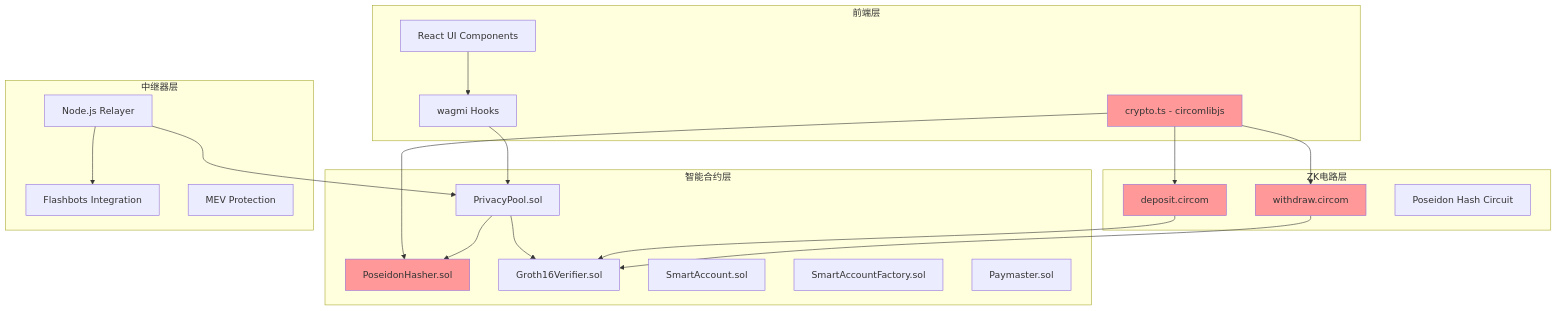
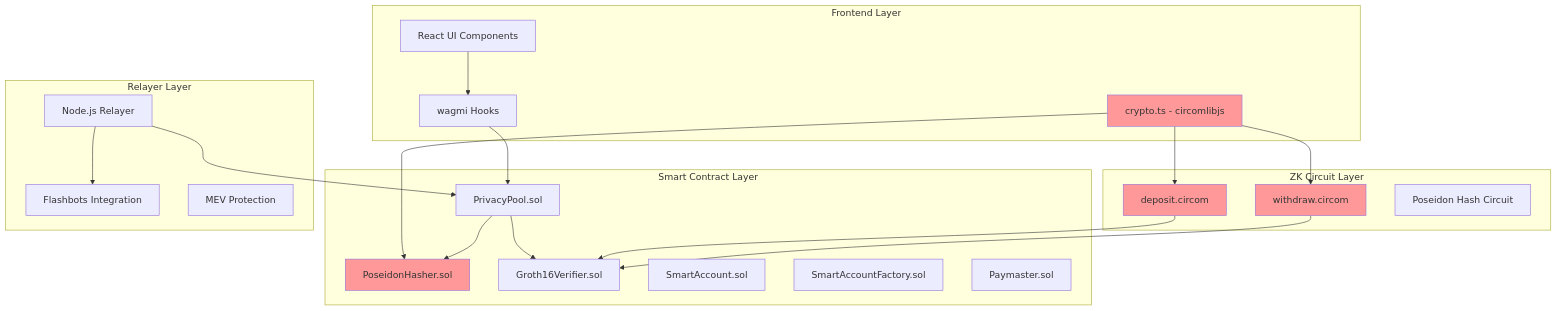
One commit to Wenbobobo/WhisperFi changed the first of 4 diagrams in README.md. Above: the diagram before and after it, drawn with Mermaid. The commit also changed other lines of this file and 1 other file, not shown here.

Commit message:
feat: Add Chinese documentation, including system architecture, core functionalities, and economic structure design.

````diff
--- a/README.md
+++ b/README.md
@@ -8,46 +11,46 @@
 ```mermaid
 graph TB
-    subgraph "前端层"
+    subgraph "Frontend Layer"
         A[React UI Components]
         B[crypto.ts - circomlibjs]
         C[wagmi Hooks]
     end
-  
-    subgraph "智能合约层"
+
+    subgraph "Smart Contract Layer"
         D[PrivacyPool.sol]
         E[PoseidonHasher.sol]
         F[Groth16Verifier.sol]
         G[SmartAccount.sol]
         H[SmartAccountFactory.sol]
         I[Paymaster.sol]
     end
-  
-    subgraph "ZK电路层"
+
+    subgraph "ZK Circuit Layer"
         J[deposit.circom]
         K[withdraw.circom]
         L[Poseidon Hash Circuit]
     end
-  
-    subgraph "中继器层"
+
+    subgraph "Relayer Layer"
         M[Node.js Relayer]
         N[Flashbots Integration]
         O[MEV Protection]
     end
-  
+
     A --> C
     B --> E
     C --> D
     D --> E
     D --> F
     B --> J
     B --> K
     J --> F
     K --> F
     M --> D
     M --> N
-  
+
     style E fill:#ff9999
     style B fill:#ff9999
     style J fill:#ff9999
     style K fill:#ff9999
 ```
````
